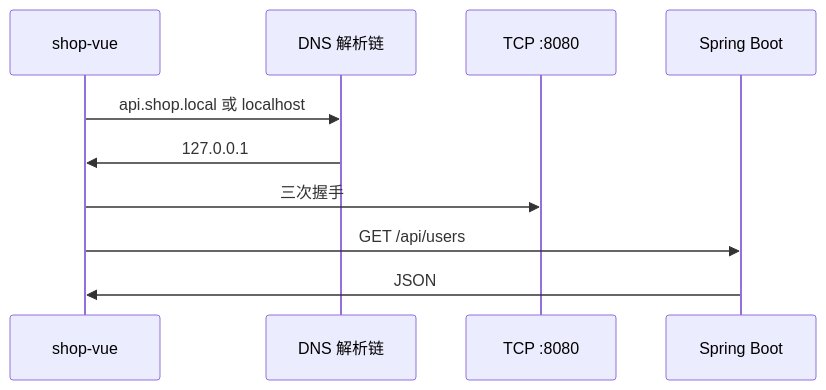
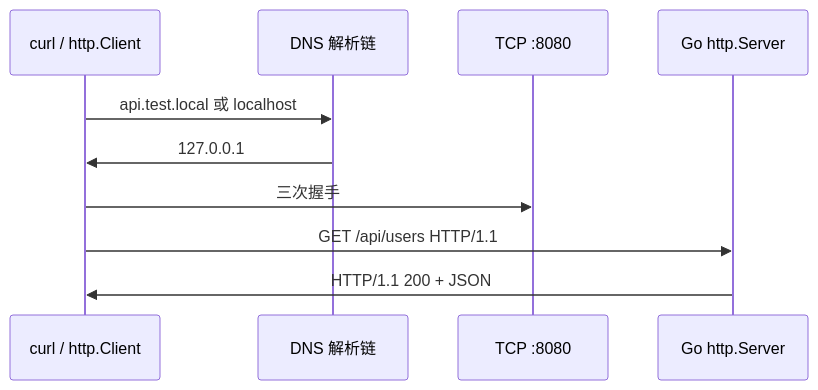
Before and after one commit to moqix26/study: the fourth of 6 diagrams in 前端学习/计算机网络/03-IP地址与DNS解析.md, drawn with Mermaid. The commit also changed other lines of this file and 10 other files, not shown here.

````diff
--- a/前端学习/计算机网络/03-IP地址与DNS解析.md
+++ b/前端学习/计算机网络/03-IP地址与DNS解析.md
@@ -594,13 +580,13 @@
 ```mermaid
 sequenceDiagram
-    participant U as shop-vue
+    participant C as curl / http.Client
     participant DNS as DNS 解析链
     participant TCP as TCP :8080
-    participant API as Spring Boot
+    participant G as Go http.Server
 
-    U->>DNS: api.shop.local 或 localhost
-    DNS->>U: 127.0.0.1
-    U->>TCP: 三次握手
-    U->>API: GET /api/users
-    API->>U: JSON
+    C->>DNS: api.test.local 或 localhost
+    DNS->>C: 127.0.0.1
+    C->>TCP: 三次握手
+    C->>G: GET /api/users HTTP/1.1
+    G->>C: HTTP/1.1 200 + JSON
 ```
````
